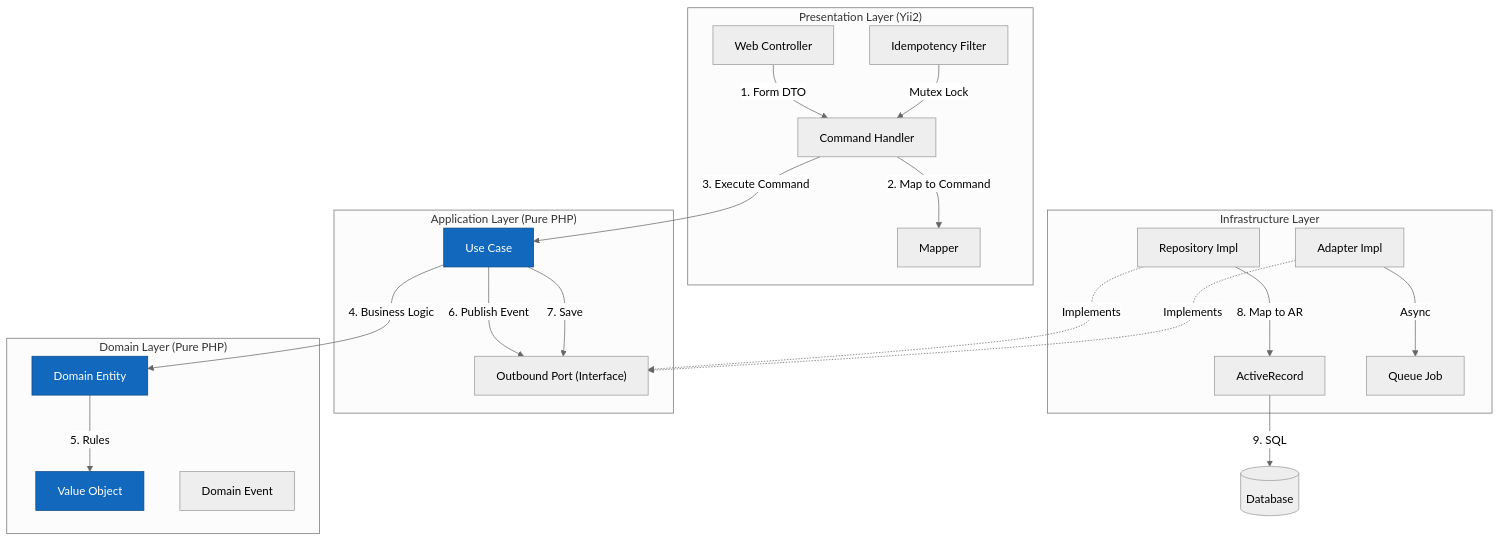
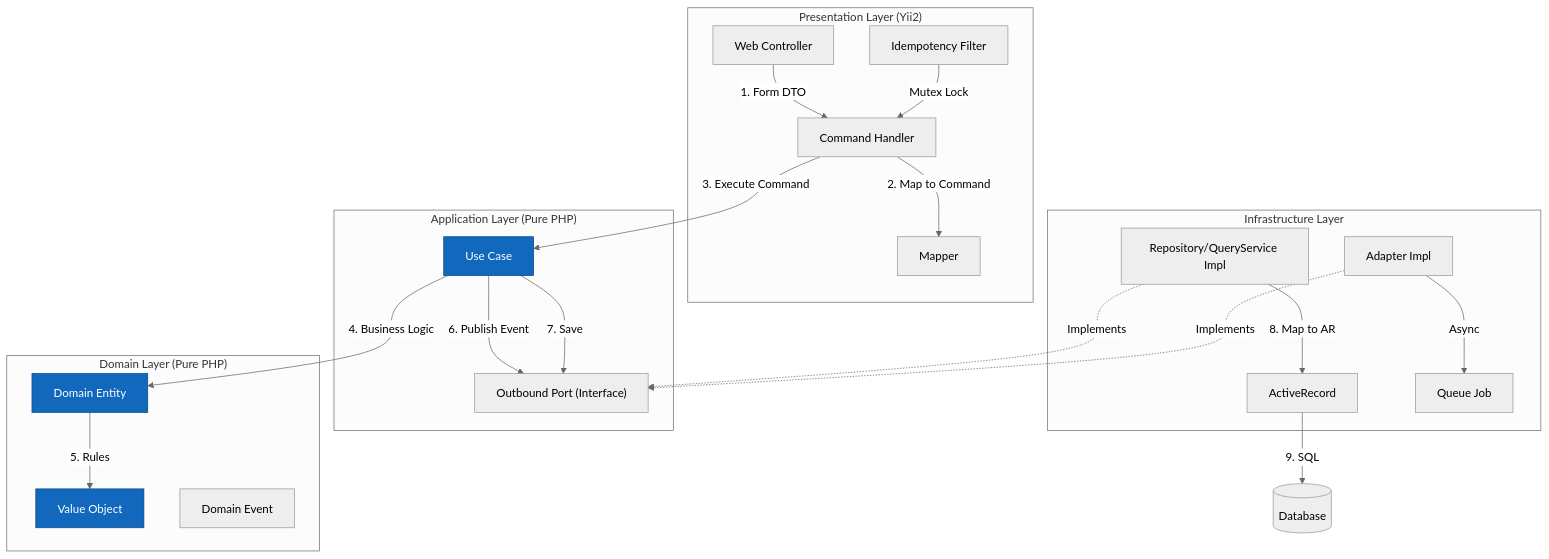
The third of 3 diagrams in docs/ARCHITECTURE.md (WarLikeLaux/yii2-book-catalog), drawn with Mermaid (neutral theme) before and after one commit. The commit also changed other lines of this file and 1 other file, not shown here.

````diff
--- a/docs/ARCHITECTURE.md
+++ b/docs/ARCHITECTURE.md
@@ -101,54 +101,54 @@
 ```mermaid
 graph TD
     subgraph Presentation ["Presentation Layer (Yii2)"]
         Controller[Web Controller]
         Handler[Command Handler]
         Mapper[Mapper]
         Filter[Idempotency Filter]
     end
 
     subgraph Application ["Application Layer (Pure PHP)"]
         UseCase[Use Case]
         Port["Outbound Port (Interface)"]
     end
 
     subgraph Domain ["Domain Layer (Pure PHP)"]
         Entity[Domain Entity]
         VO[Value Object]
         Event[Domain Event]
     end
 
     subgraph Infrastructure ["Infrastructure Layer"]
-        RepoImpl[Repository Impl]
+        RepoImpl[Repository/QueryService Impl]
         Adapter[Adapter Impl]
         AR[ActiveRecord]
         Job[Queue Job]
     end
 
     DB[(Database)]
 
     %% Request Flow
     Controller -- "1. Form DTO" --> Handler
     Handler -- "2. Map to Command" --> Mapper
     Handler -- "3. Execute Command" --> UseCase
     Filter -- "Mutex Lock" --> Handler
     
     %% Logic Flow
     UseCase -- "4. Business Logic" --> Entity
     Entity -- "5. Rules" --> VO
     UseCase -- "6. Publish Event" --> Port
     UseCase -- "7. Save" --> Port
     
     %% Infra Implementation
     RepoImpl -.->|"Implements"| Port
     Adapter -.->|"Implements"| Port
     
     RepoImpl -- "8. Map to AR" --> AR
     AR -- "9. SQL" --> DB
     
     Adapter -- "Async" --> Job
     
     style UseCase fill:#1168bd,stroke:#0b4884,color:#ffffff
     style Entity fill:#1168bd,stroke:#0b4884,color:#ffffff
     style VO fill:#1168bd,stroke:#0b4884,color:#ffffff
 ```
````
